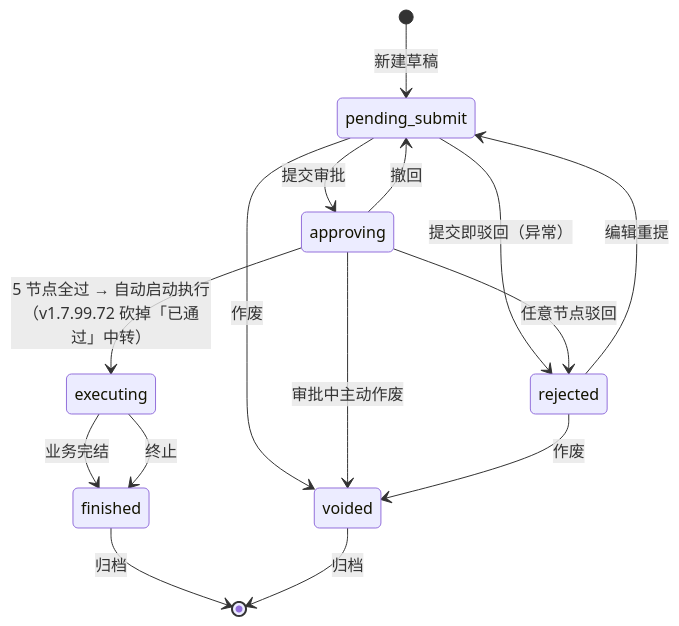
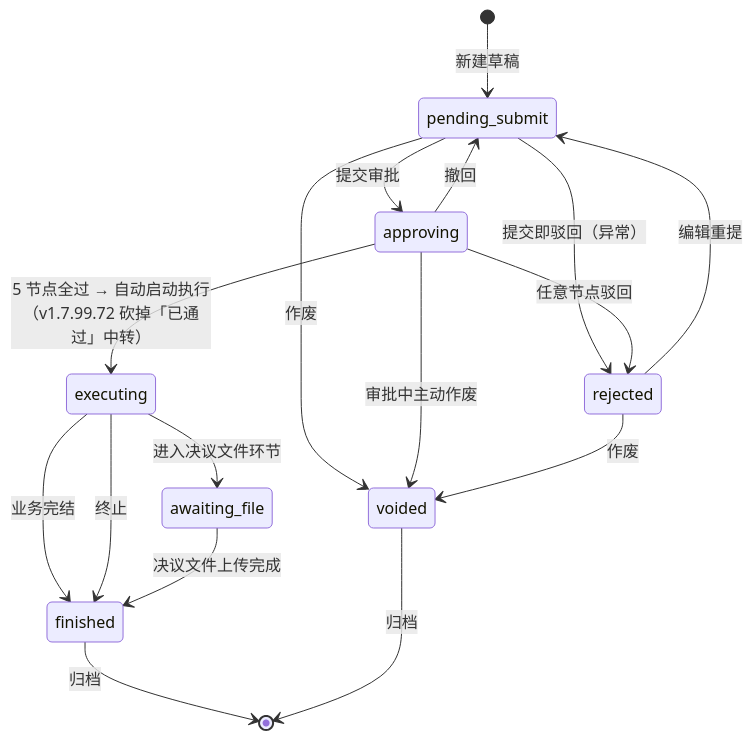
Before and after one commit to Ummyue/gyt-admin: the second of 2 diagrams in docs/p-project-list.md, drawn with Mermaid. The commit also changed other lines of this file and 5 other files, not shown here.

````diff
--- a/docs/p-project-list.md
+++ b/docs/p-project-list.md
@@ -132,17 +136,19 @@
 ```mermaid
 stateDiagram-v2
     [*] --> pending_submit: 新建草稿
     pending_submit --> approving: 提交审批
     pending_submit --> voided: 作废
     pending_submit --> rejected: 提交即驳回（异常）
     approving --> executing: 5 节点全过 → 自动启动执行（v1.7.99.72 砍掉「已通过」中转）
     approving --> rejected: 任意节点驳回
     approving --> voided: 审批中主动作废
     approving --> pending_submit: 撤回
     executing --> finished: 业务完结
     executing --> finished: 终止
+    executing --> awaiting_file: 进入决议文件环节
+    awaiting_file --> finished: 决议文件上传完成
     finished --> [*]: 归档
     rejected --> pending_submit: 编辑重提
     rejected --> voided: 作废
     voided --> [*]: 归档
 ```
````
